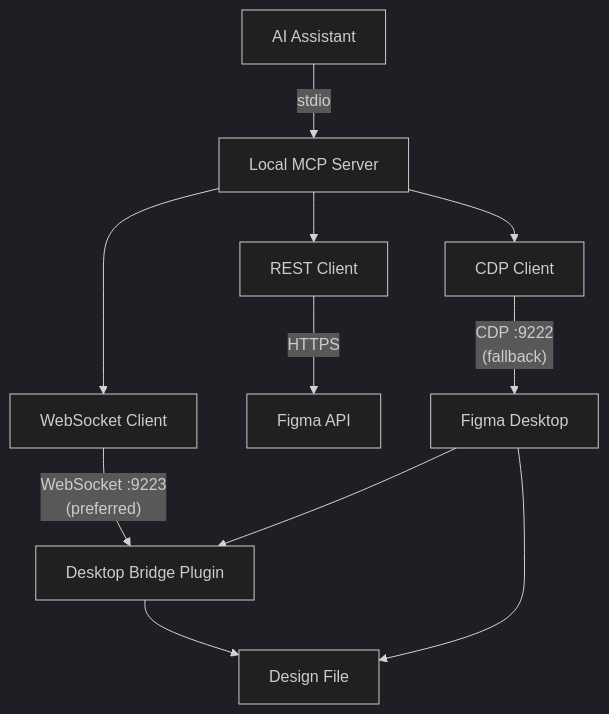
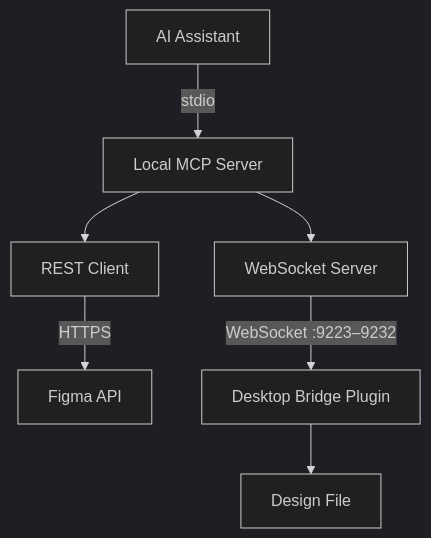
Before and after one commit to southleft/figma-console-mcp: the second of 6 diagrams in docs/architecture.md, drawn with Mermaid (dark theme). The commit also changed other lines of this file and 10 other files, not shown here.

````diff
--- a/docs/architecture.md
+++ b/docs/architecture.md
@@ -42,17 +42,13 @@
 ```mermaid
 flowchart TB
     AI[AI Assistant]
     AI -->|stdio| SERVER[Local MCP Server]
 
     SERVER --> REST[REST Client]
-    SERVER --> WS[WebSocket Client]
-    SERVER --> CDP[CDP Client]
+    SERVER --> WS[WebSocket Server]
 
     REST -->|HTTPS| API[Figma API]
-    WS -->|"WebSocket :9223<br/>(preferred)"| PLUGIN[Desktop Bridge Plugin]
-    CDP -->|"CDP :9222<br/>(fallback)"| FIGMA[Figma Desktop]
+    WS -->|"WebSocket :9223–9232"| PLUGIN[Desktop Bridge Plugin]
 
     PLUGIN --> FILE[Design File]
-    FIGMA --> PLUGIN
-    FIGMA --> FILE
 ```
````
